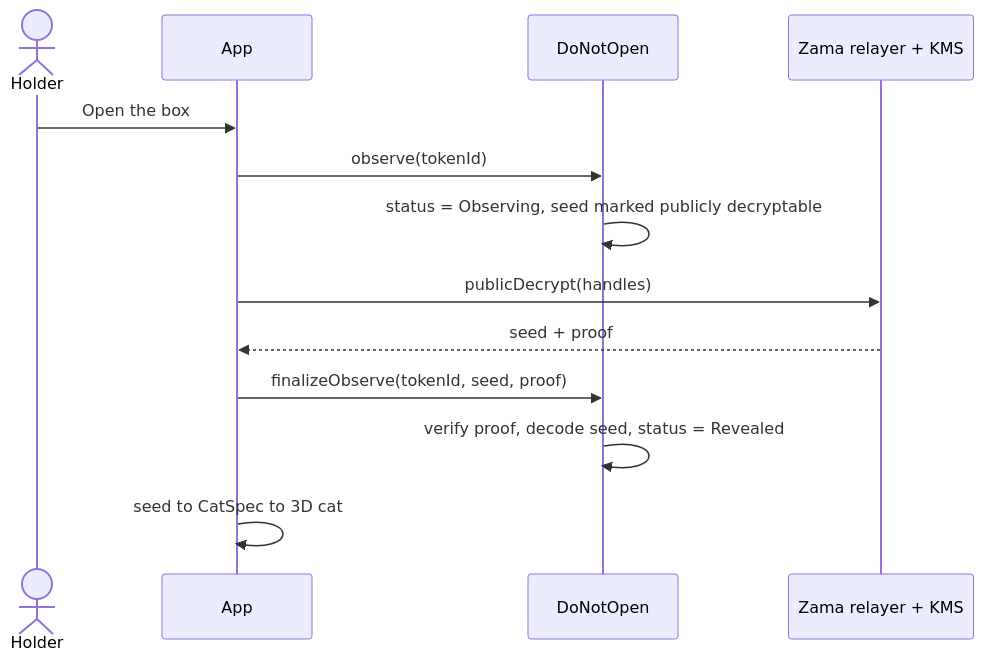
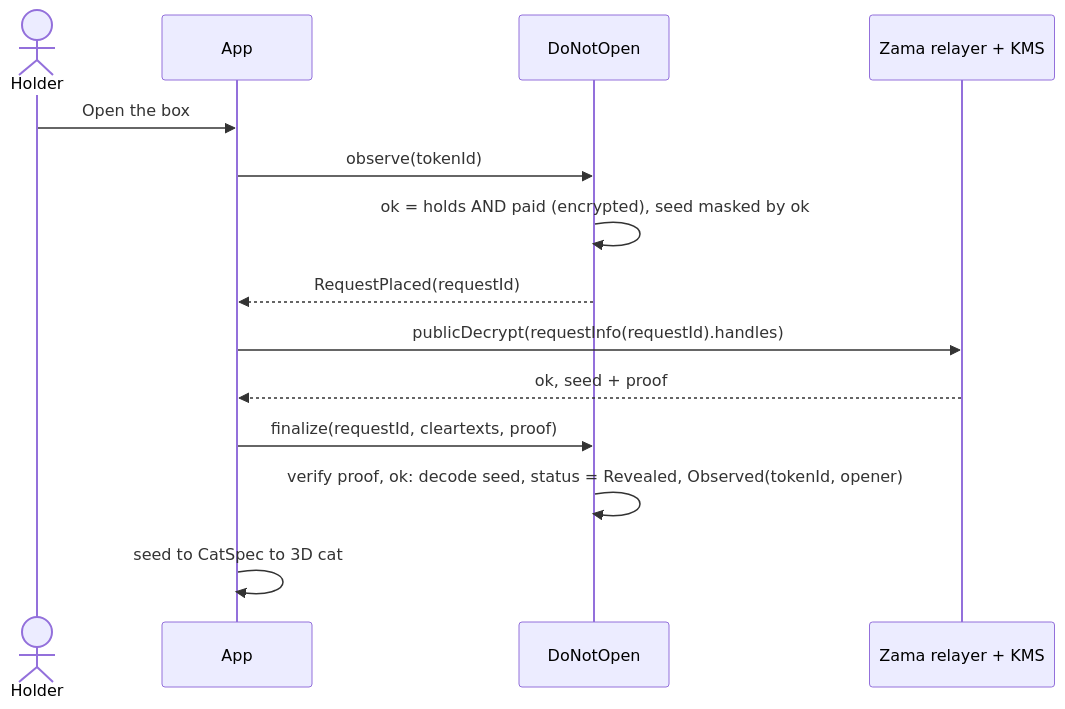
The second of 3 diagrams in README.md (jecombe/do_not_open), drawn with Mermaid before and after one commit. The commit also changed other lines of this file and 25 other files, not shown here.

````diff
--- a/README.md
+++ b/README.md
@@ -83,15 +94,16 @@
 ```mermaid
 sequenceDiagram
   actor Holder
   participant App
   participant Contract as DoNotOpen
   participant KMS as Zama relayer + KMS
   Holder->>App: Open the box
   App->>Contract: observe(tokenId)
-  Contract->>Contract: status = Observing, seed marked publicly decryptable
-  App->>KMS: publicDecrypt(handles)
-  KMS-->>App: seed + proof
-  App->>Contract: finalizeObserve(tokenId, seed, proof)
-  Contract->>Contract: verify proof, decode seed, status = Revealed
+  Contract->>Contract: ok = holds AND paid (encrypted), seed masked by ok
+  Contract-->>App: RequestPlaced(requestId)
+  App->>KMS: publicDecrypt(requestInfo(requestId).handles)
+  KMS-->>App: ok, seed + proof
+  App->>Contract: finalize(requestId, cleartexts, proof)
+  Contract->>Contract: verify proof, ok: decode seed, status = Revealed, Observed(tokenId, opener)
   App->>App: seed to CatSpec to 3D cat
 ```
````
